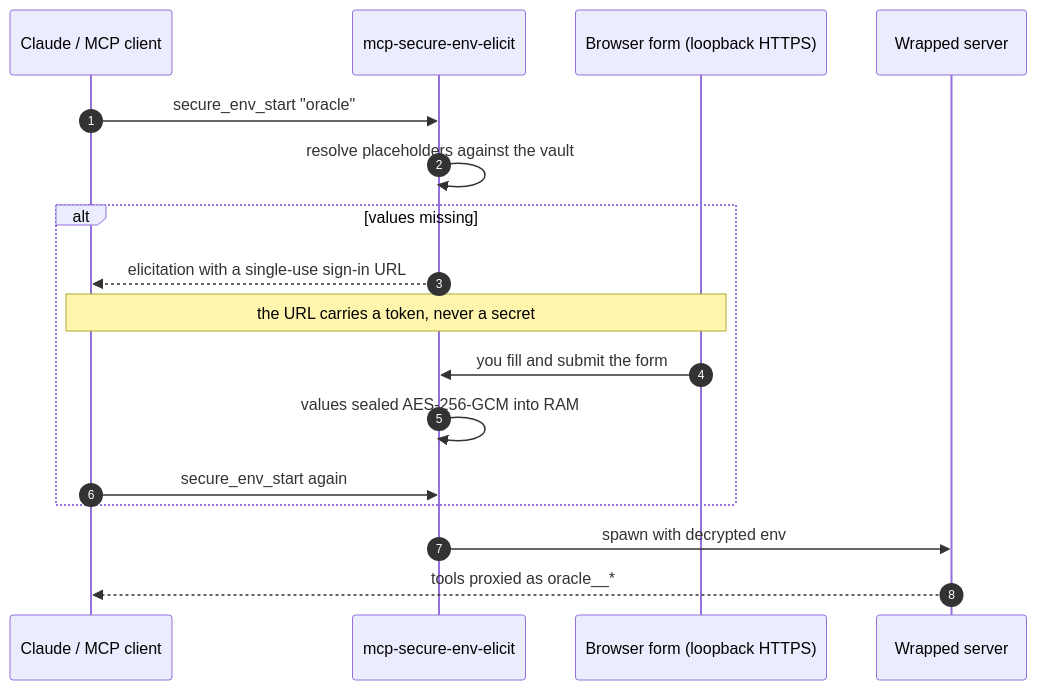
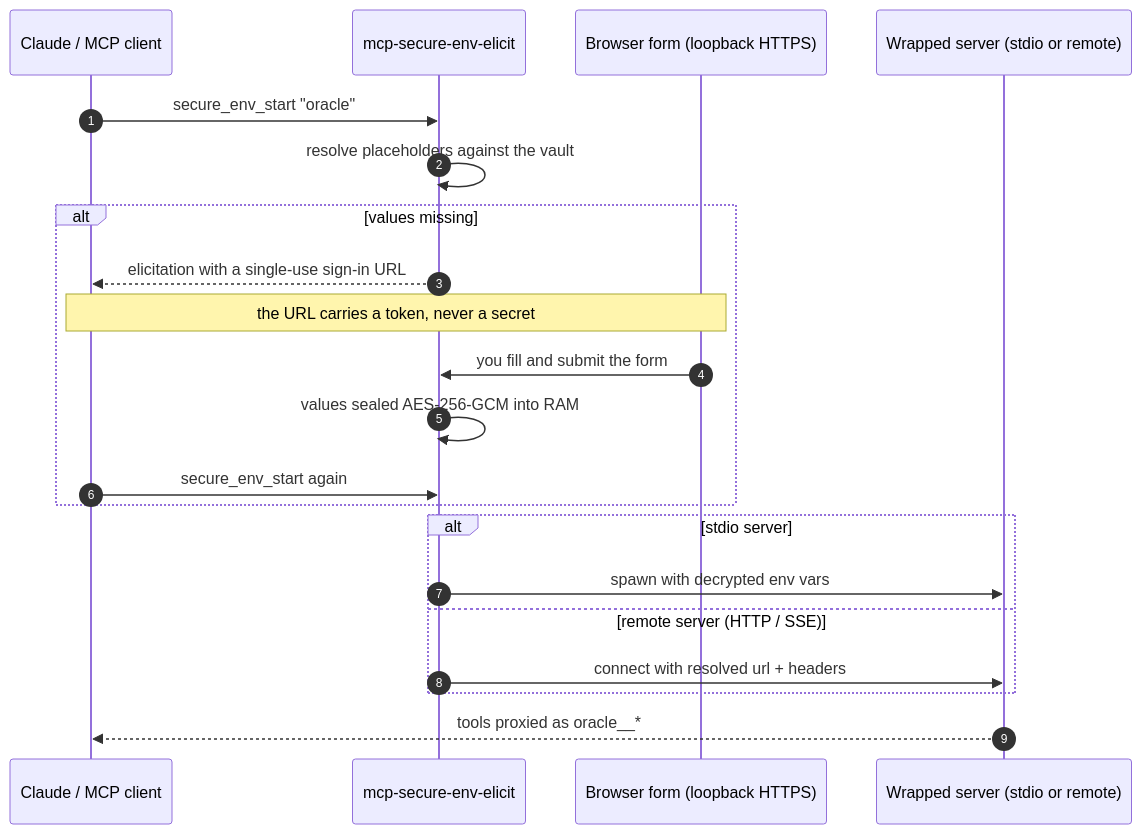
One commit to gcorroto/mcp-secure-env-elicit changed the fourth of 4 diagrams in README.md. Above: the diagram before and after it, drawn with Mermaid. The commit also changed other lines of this file, not shown here.

Commit message:
docs: show stdio, Streamable HTTP and SSE servers in the mermaid examples

````diff
--- a/README.md
+++ b/README.md
@@ -59,20 +72,24 @@
 ```mermaid
 sequenceDiagram
     autonumber
     participant Client as Claude / MCP client
     participant Wrapper as mcp-secure-env-elicit
     participant Browser as Browser form (loopback HTTPS)
-    participant Child as Wrapped server
+    participant Child as Wrapped server (stdio or remote)
 
     Client->>Wrapper: secure_env_start "oracle"
     Wrapper->>Wrapper: resolve placeholders against the vault
     alt values missing
         Wrapper-->>Client: elicitation with a single-use sign-in URL
         Note over Client,Browser: the URL carries a token, never a secret
         Browser->>Wrapper: you fill and submit the form
         Wrapper->>Wrapper: values sealed AES-256-GCM into RAM
         Client->>Wrapper: secure_env_start again
     end
-    Wrapper->>Child: spawn with decrypted env
+    alt stdio server
+        Wrapper->>Child: spawn with decrypted env vars
+    else remote server (HTTP / SSE)
+        Wrapper->>Child: connect with resolved url + headers
+    end
     Child-->>Client: tools proxied as oracle__*
 ```
````
